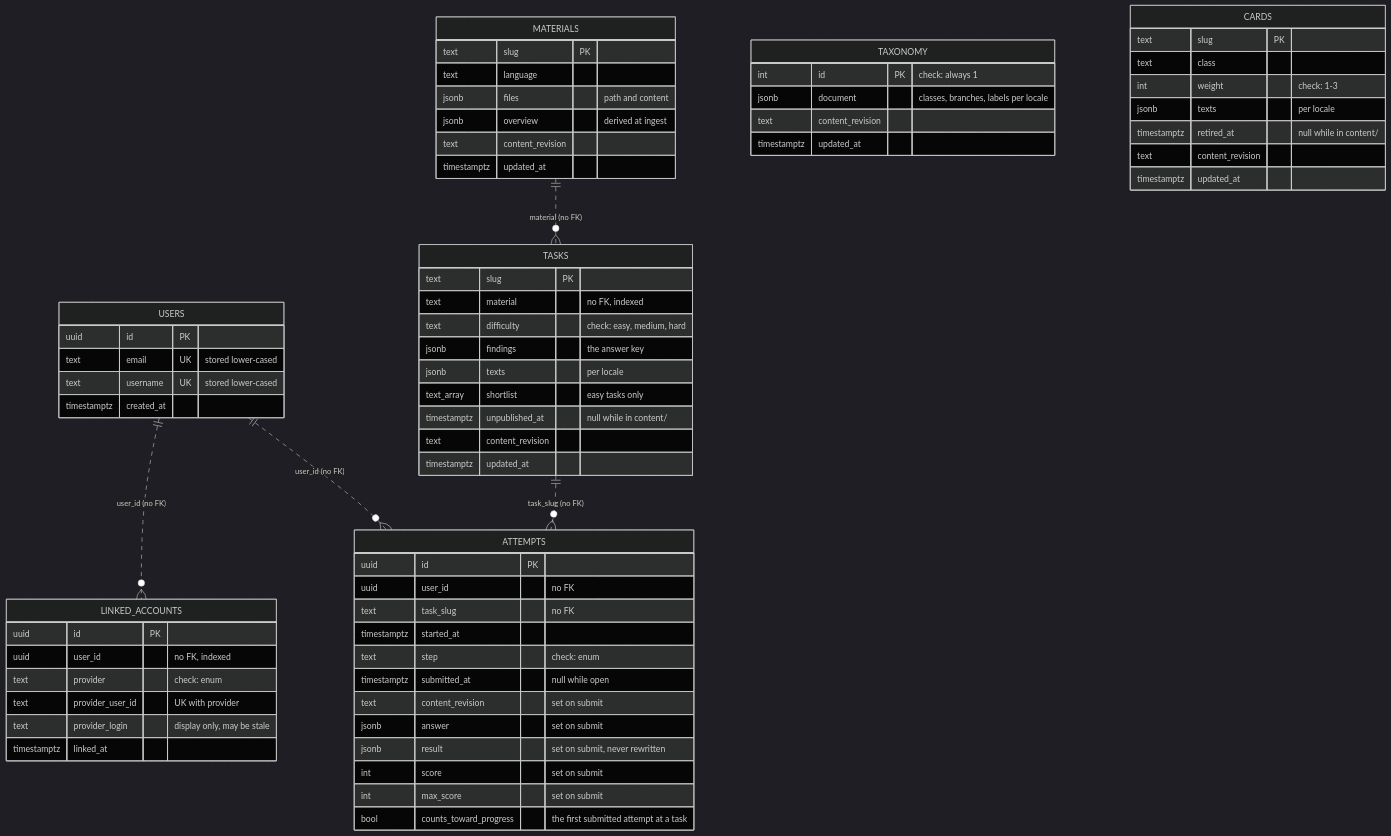
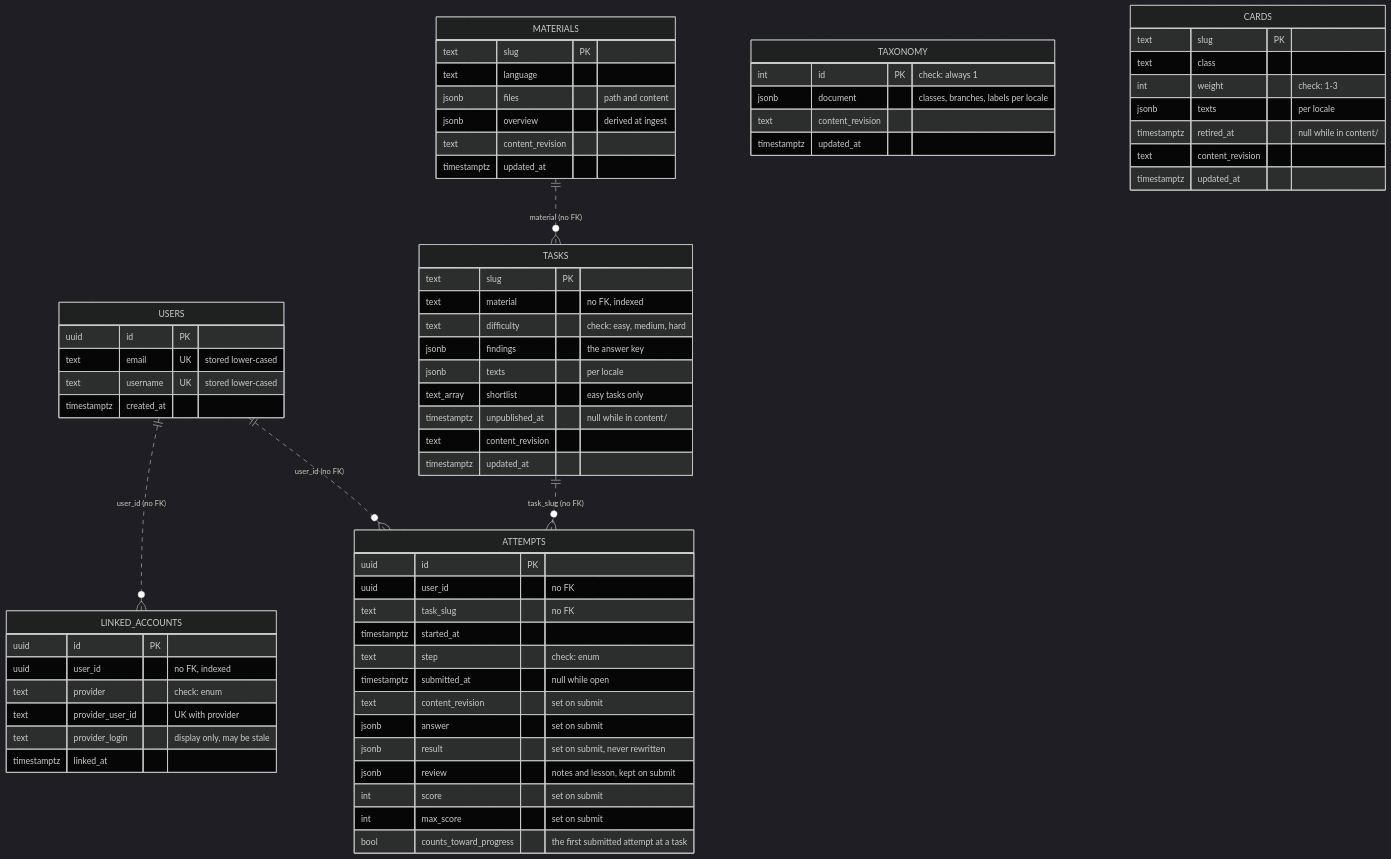
One commit to shoraLBRT/ritocode changed the diagram in docs/DATABASE_SCHEMA.md. Above: the diagram before and after it, drawn with Mermaid (dark theme). The commit also changed 23 other files, not shown here.

````diff
--- a/docs/DATABASE_SCHEMA.md
+++ b/docs/DATABASE_SCHEMA.md
@@ -27,76 +27,77 @@
 ```mermaid
 erDiagram
     USERS ||..o{ LINKED_ACCOUNTS : "user_id (no FK)"
     MATERIALS ||..o{ TASKS : "material (no FK)"
     USERS ||..o{ ATTEMPTS : "user_id (no FK)"
     TASKS ||..o{ ATTEMPTS : "task_slug (no FK)"
 
     USERS {
         uuid id PK
         text email UK "stored lower-cased"
         text username UK "stored lower-cased"
         timestamptz created_at
     }
 
     LINKED_ACCOUNTS {
         uuid id PK
         uuid user_id "no FK, indexed"
         text provider "check: enum"
         text provider_user_id "UK with provider"
         text provider_login "display only, may be stale"
         timestamptz linked_at
     }
 
     TAXONOMY {
         int id PK "check: always 1"
         jsonb document "classes, branches, labels per locale"
         text content_revision
         timestamptz updated_at
     }
 
     CARDS {
         text slug PK
         text class
         int weight "check: 1-3"
         jsonb texts "per locale"
         timestamptz retired_at "null while in content/"
         text content_revision
         timestamptz updated_at
     }
 
     MATERIALS {
         text slug PK
         text language
         jsonb files "path and content"
         jsonb overview "derived at ingest"
         text content_revision
         timestamptz updated_at
     }
 
     TASKS {
         text slug PK
         text material "no FK, indexed"
         text difficulty "check: easy, medium, hard"
         jsonb findings "the answer key"
         jsonb texts "per locale"
         text_array shortlist "easy tasks only"
         timestamptz unpublished_at "null while in content/"
         text content_revision
         timestamptz updated_at
     }
 
     ATTEMPTS {
         uuid id PK
         uuid user_id "no FK"
         text task_slug "no FK"
         timestamptz started_at
         text step "check: enum"
         timestamptz submitted_at "null while open"
         text content_revision "set on submit"
         jsonb answer "set on submit"
         jsonb result "set on submit, never rewritten"
+        jsonb review "notes and lesson, kept on submit"
         int score "set on submit"
         int max_score "set on submit"
         bool counts_toward_progress "the first submitted attempt at a task"
     }
 ```
````
